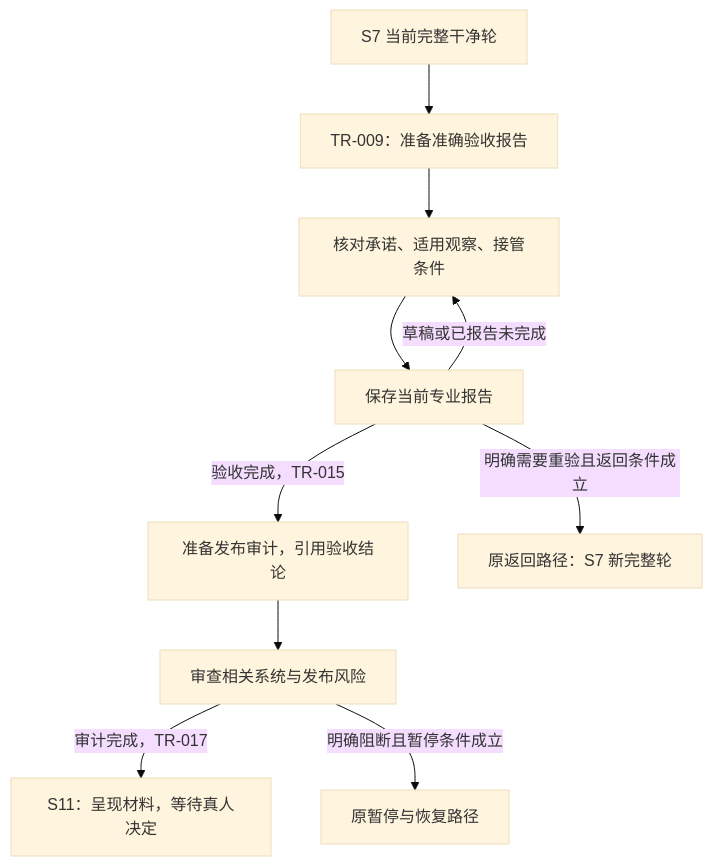
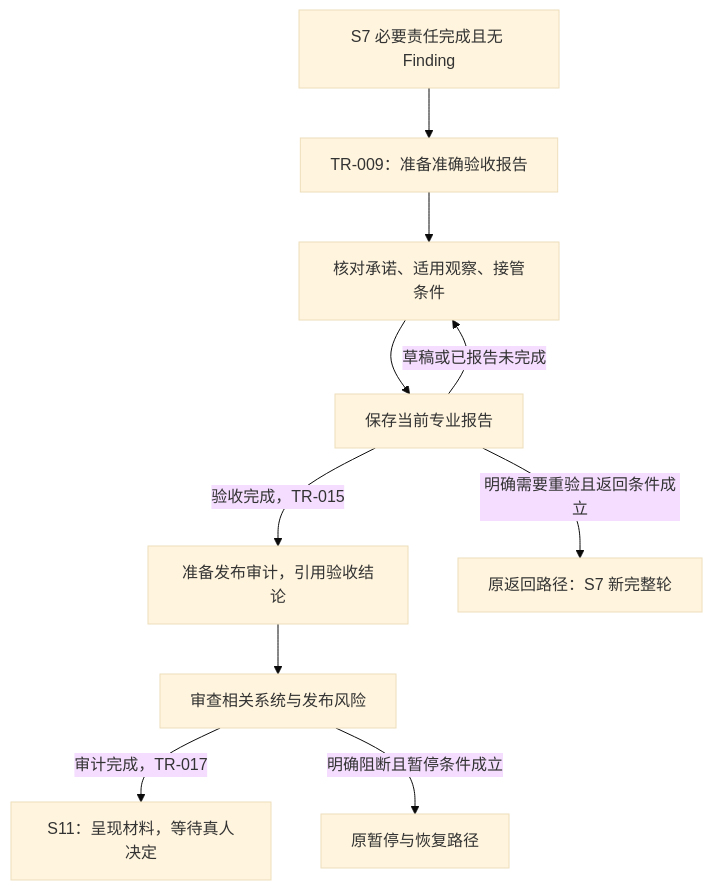
The diagram in blueprint/l3-stages/L3-S10-acceptance-audit.md (entroforge/go-system-builder), drawn with Mermaid (base theme) before and after one commit. The commit also changed other lines of this file and 1694 other files, not shown here.

````diff
--- a/blueprint/l3-stages/L3-S10-acceptance-audit.md
+++ b/blueprint/l3-stages/L3-S10-acceptance-audit.md
@@ -54,12 +67,12 @@
 ```mermaid
 flowchart TD
-    CLEAN["S7 当前完整干净轮"] --> ENTRY["TR-009：准备准确验收报告"]
+    CLEAN["S7 必要责任完成且无 Finding"] --> ENTRY["TR-009：准备准确验收报告"]
     ENTRY --> ACC["核对承诺、适用观察、接管条件"]
     ACC --> SAVE["保存当前专业报告"]
     SAVE -->|"草稿或已报告未完成"| ACC
     SAVE -->|"验收完成，TR-015"| AUDIT["准备发布审计，引用验收结论"]
     AUDIT --> RISK["审查相关系统与发布风险"]
     RISK -->|"审计完成，TR-017"| HUMAN["S11：呈现材料，等待真人决定"]
     SAVE -->|"明确需要重验且返回条件成立"| VERIFY["原返回路径：S7 新完整轮"]
     RISK -->|"明确阻断且暂停条件成立"| PAUSE["原暂停与恢复路径"]
 ```
````
